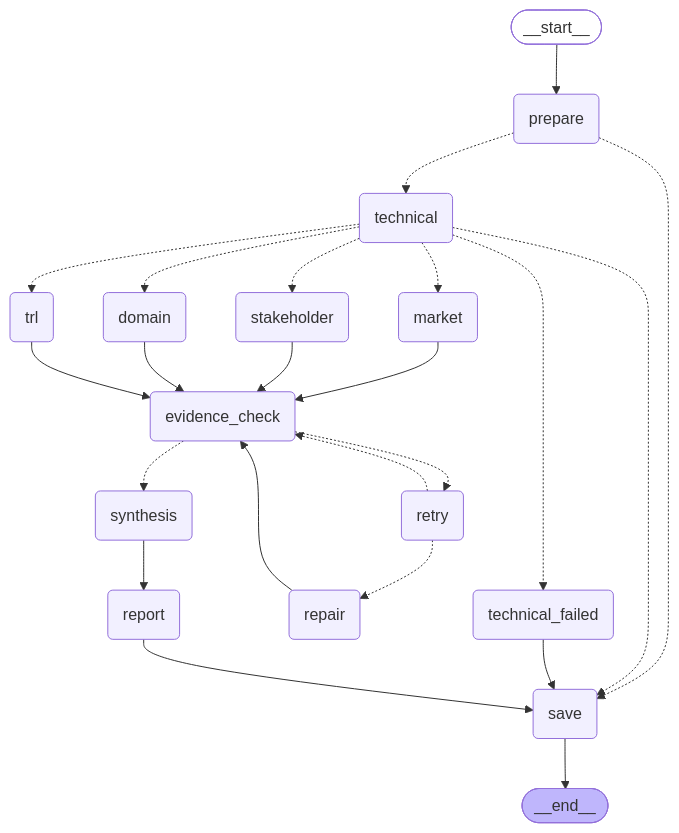
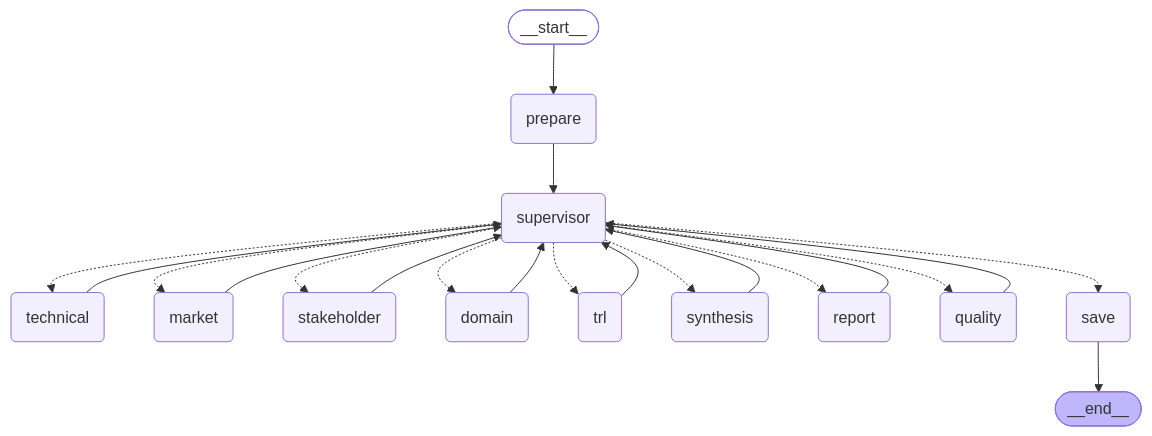
One commit to Sdeogi/skala-rag changed the diagram in README.md. Above: the diagram before and after it, drawn with Mermaid. The commit also changed other lines of this file and 6 other files, not shown here.

````diff
--- a/README.md
+++ b/README.md
@@ -65,43 +64,39 @@
 ```mermaid
 graph TD;
 	__start__([__start__]):::first
 	prepare(prepare)
+	supervisor(supervisor)
 	technical(technical)
-	technical_failed(technical_failed)
 	market(market)
 	stakeholder(stakeholder)
 	domain(domain)
 	trl(trl)
-	evidence_check(evidence_check)
-	retry(retry)
-	repair(repair)
 	synthesis(synthesis)
 	report(report)
+	quality(quality)
 	save(save)
 	__end__([__end__]):::last
 	__start__ --> prepare;
-	prepare -.-> technical;
-	prepare -.-> save;
-	technical -.-> market;
-	technical -.-> stakeholder;
-	technical -.-> domain;
-	technical -.-> trl;
-	technical -.-> technical_failed;
-	technical -.-> save;
-	technical_failed --> save;
-	market --> evidence_check;
-	stakeholder --> evidence_check;
-	domain --> evidence_check;
-	trl --> evidence_check;
-	evidence_check -.-> retry;
-	evidence_check -.-> synthesis;
-	retry -.-> repair;
-	retry -.-> evidence_check;
-	repair --> evidence_check;
-	synthesis --> report;
-	report --> save;
+	prepare --> supervisor;
+	supervisor -.-> technical;
+	supervisor -.-> market;
+	supervisor -.-> stakeholder;
+	supervisor -.-> domain;
+	supervisor -.-> trl;
+	supervisor -.-> synthesis;
+	supervisor -.-> report;
+	supervisor -.-> quality;
+	supervisor -.-> save;
+	technical --> supervisor;
+	market --> supervisor;
+	stakeholder --> supervisor;
+	domain --> supervisor;
+	trl --> supervisor;
+	synthesis --> supervisor;
+	report --> supervisor;
+	quality --> supervisor;
 	save --> __end__;
 	classDef default fill:#f2f0ff,line-height:1.2
 	classDef first fill-opacity:0
 	classDef last fill:#bfb6fc
 ```
````
